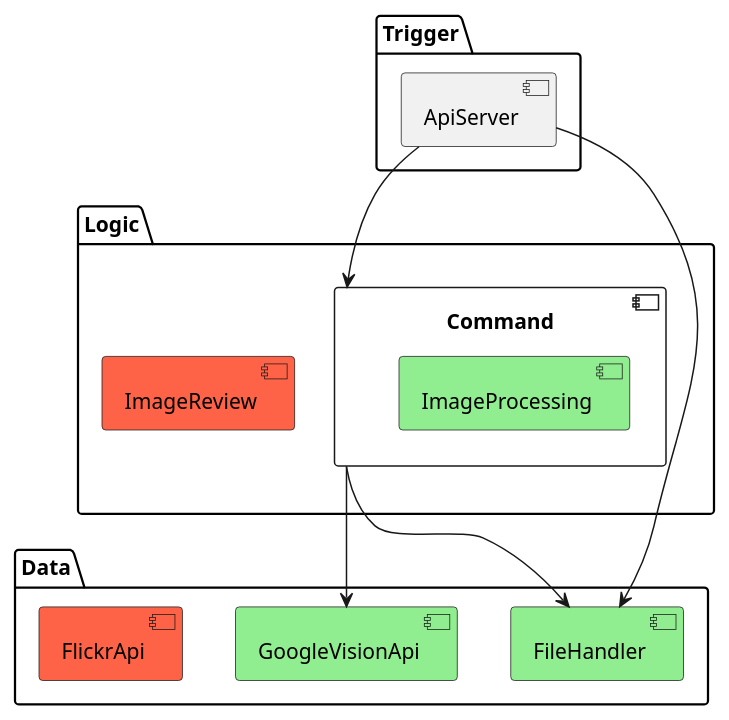
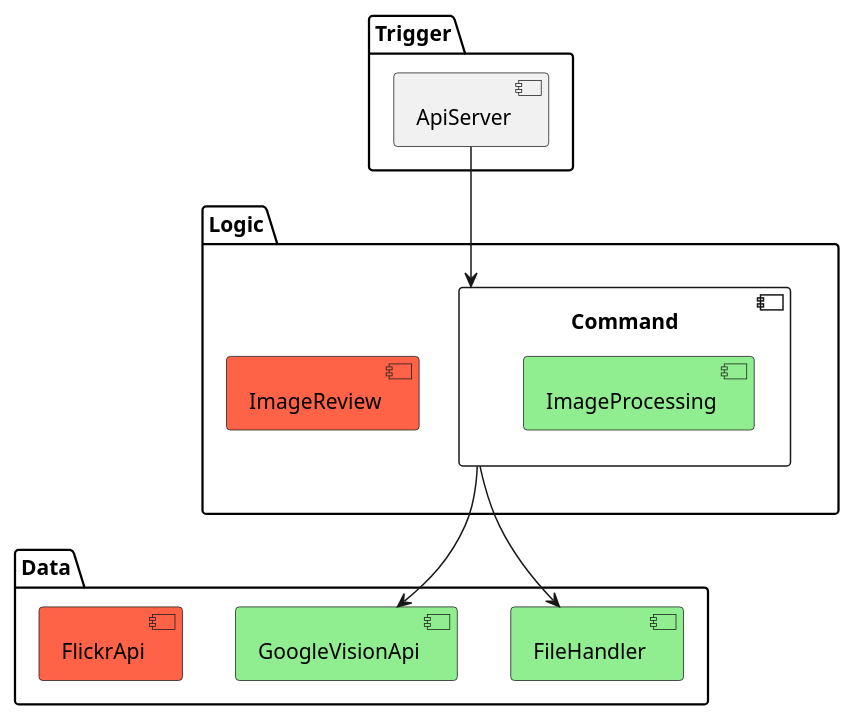
Before and after one commit to kronos-et-al/MensaApp: the diagram in doc/uml/local_image_extension/Componentes.puml, drawn with PlantUML. The commit also changed 1 other file, not shown here.

```diff
--- a/doc/uml/local_image_extension/Componentes.puml
+++ b/doc/uml/local_image_extension/Componentes.puml
@@ -1,26 +1,25 @@
 @startuml
 package Trigger {
  [ApiServer]
 }
 
 package Logic {
  component Command {
   component ImageProcessing #lightgreen
  }
  component "ImageReview" #tomato
 }
 
 package Data {
  component FileHandler #lightgreen
 
  component GoogleVisionApi #lightgreen
  component FlickrApi #tomato
  Command --> [GoogleVisionApi]
  Command --> [FileHandler]
 
 
 }
 
 [ApiServer] --> Command
-[ApiServer] --> [FileHandler]
 @enduml
```
